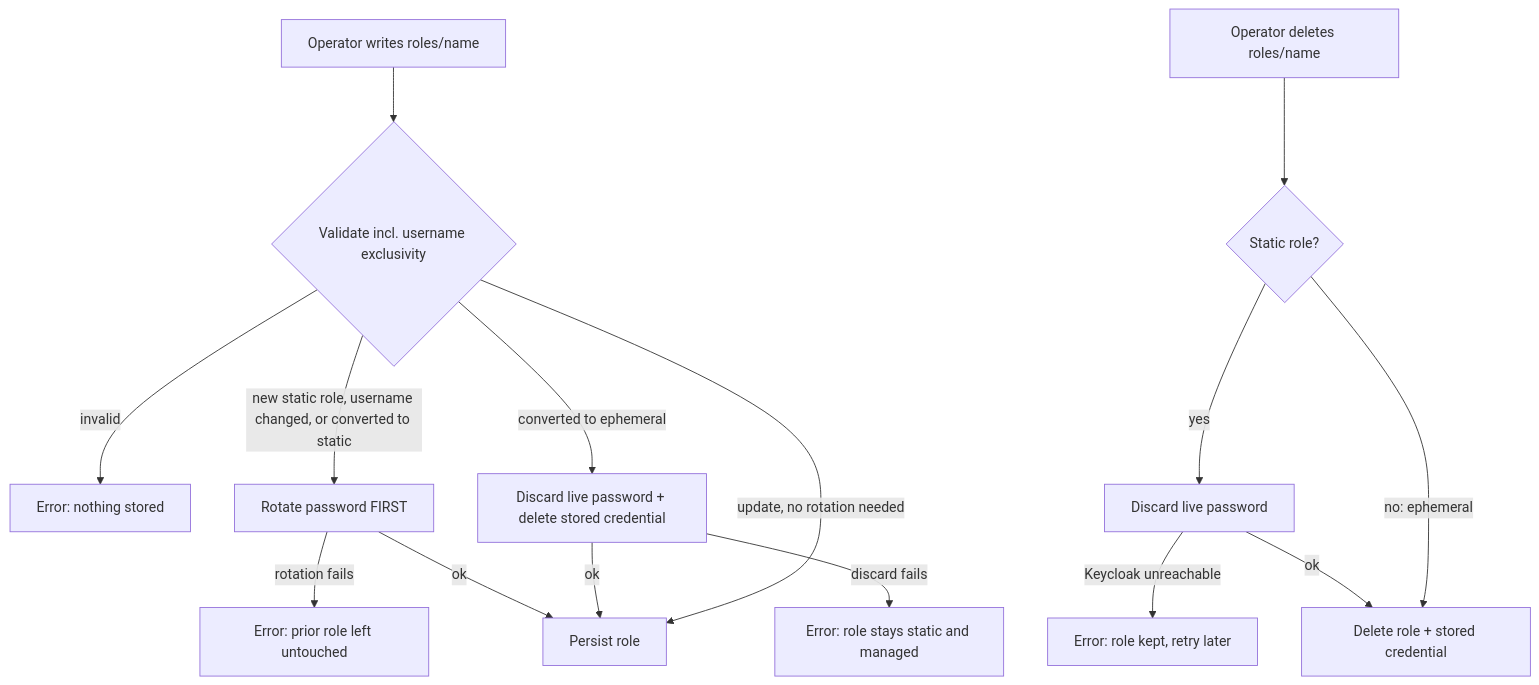
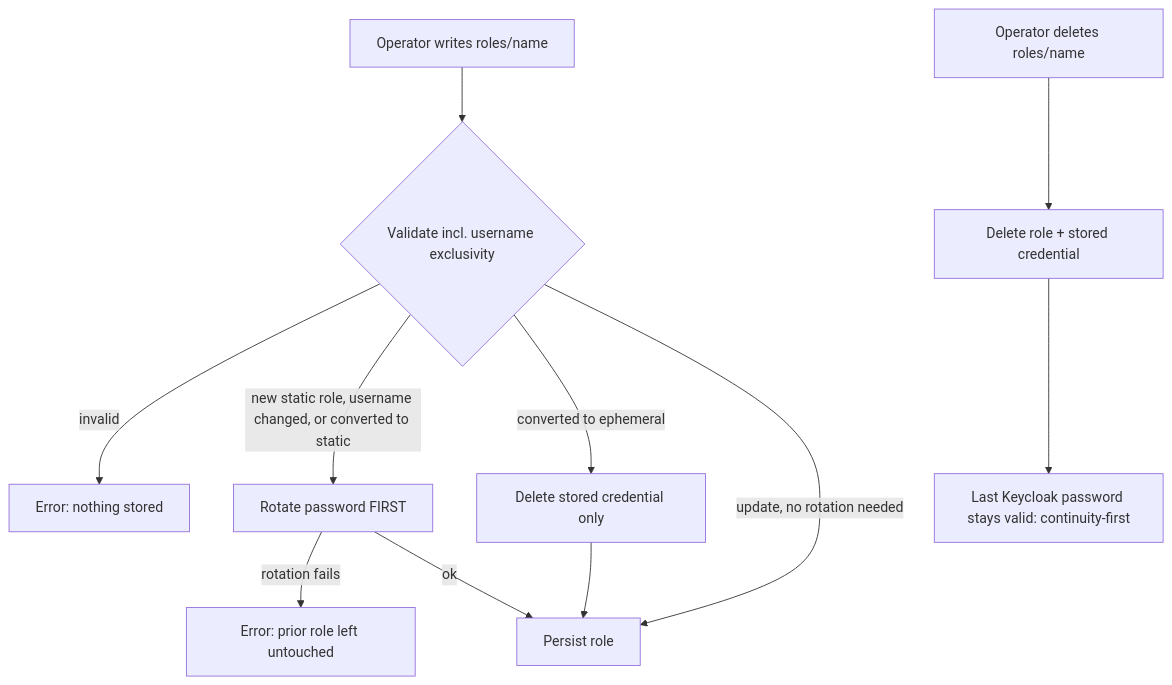
The second of 4 diagrams in README.md (RoFz/vault-plugin-secrets-keycloak), drawn with Mermaid before and after one commit. The commit also changed other lines of this file and 1 other file, not shown here.

First line of the commit message:
docs(autorotation): document continuity-first semantics, identity warning, and rotation deferral

````diff
--- a/README.md
+++ b/README.md
@@ -109,18 +116,14 @@
 ```mermaid
 flowchart TD
   A[Operator writes roles/name] --> B{Validate incl. username exclusivity}
   B -->|invalid| C[Error: nothing stored]
   B -->|new static role, username changed, or converted to static| D[Rotate password FIRST]
   D -->|rotation fails| E[Error: prior role left untouched]
   D -->|ok| F[Persist role]
-  B -->|converted to ephemeral| G[Discard live password + delete stored credential]
-  G -->|discard fails| H[Error: role stays static and managed]
-  G -->|ok| F
+  B -->|converted to ephemeral| G[Delete stored credential only]
+  G --> F
   B -->|update, no rotation needed| F
 
-  I[Operator deletes roles/name] --> J{Static role?}
-  J -->|yes| K[Discard live password]
-  K -->|Keycloak unreachable| L[Error: role kept, retry later]
-  K -->|ok| M[Delete role + stored credential]
-  J -->|no: ephemeral| M
+  I[Operator deletes roles/name] --> J[Delete role + stored credential]
+  J --> K[Last Keycloak password stays valid: continuity-first]
 ```
````
